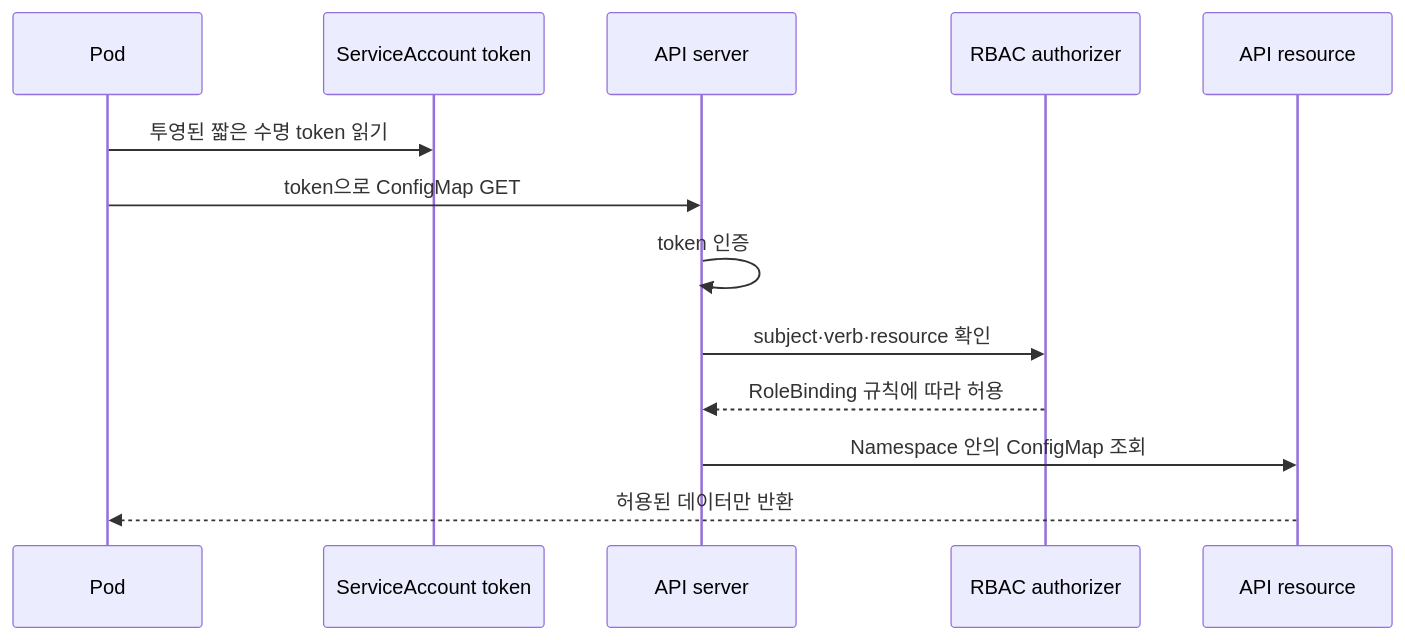
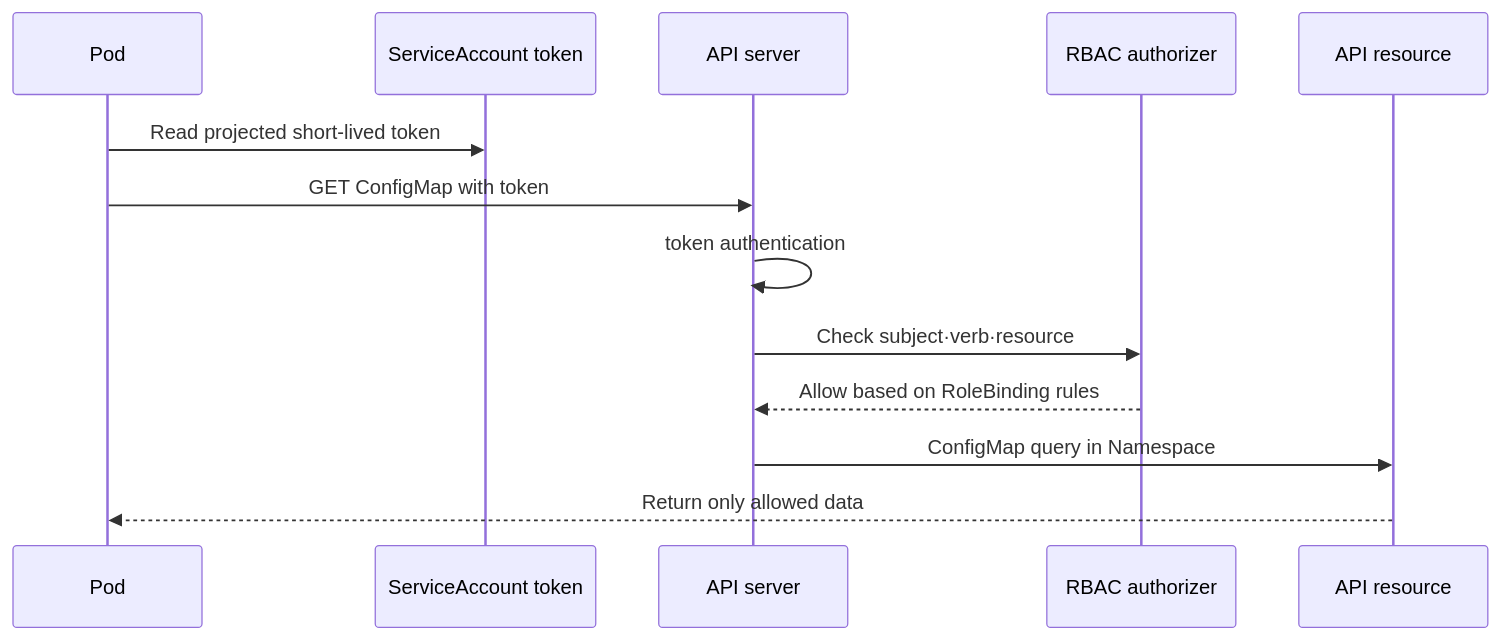
Before and after one commit to nohdol97/nohdol-study: the second of 2 diagrams in docs-site/content/kubernetes/08-security-and-policy.md, drawn with Mermaid. The commit also changed other lines of this file and 116 other files, not shown here.

````diff
--- a/docs-site/content/kubernetes/08-security-and-policy.md
+++ b/docs-site/content/kubernetes/08-security-and-policy.md
@@ -32,15 +32,15 @@
 ```mermaid
 sequenceDiagram
     participant P as Pod
     participant T as ServiceAccount token
     participant A as API server
     participant R as RBAC authorizer
     participant E as API resource
-    P->>T: 투영된 짧은 수명 token 읽기
-    P->>A: token으로 ConfigMap GET
-    A->>A: token 인증
-    A->>R: subject·verb·resource 확인
-    R-->>A: RoleBinding 규칙에 따라 허용
-    A->>E: Namespace 안의 ConfigMap 조회
-    E-->>P: 허용된 데이터만 반환
+    P->>T: Read projected short-lived token
+    P->>A: GET ConfigMap with token
+    A->>A: token authentication
+    A->>R: Check subject·verb·resource
+    R-->>A: Allow based on RoleBinding rules
+    A->>E: ConfigMap query in Namespace
+    E-->>P: Return only allowed data
 ```
````
